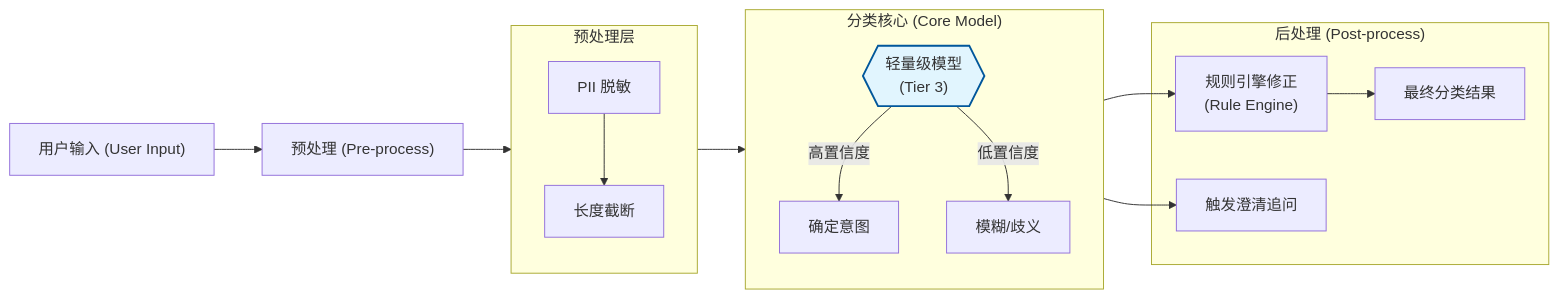
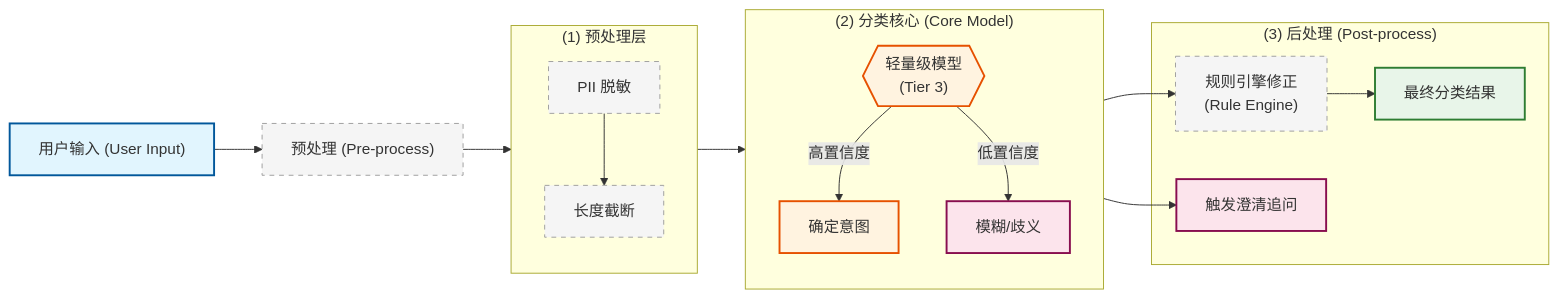
Before and after one commit to cute-spring/opencode-notes: diagram 29 of 35 in docs/arch/enterprise-agentic-rag.md, drawn with Mermaid. The commit also changed other lines of this file and 2 other files, not shown here.

````diff
--- a/docs/arch/enterprise-agentic-rag.md
+++ b/docs/arch/enterprise-agentic-rag.md
@@ -1379,31 +2234,35 @@
 ```mermaid
 flowchart LR
-    Input["用户输入 (User Input)"] --> Pre["预处理 (Pre-process)"]
+    %% 样式定义
+    classDef input fill:#e1f5fe,stroke:#01579b,stroke-width:2px;
+    classDef process fill:#f5f5f5,stroke:#9e9e9e,stroke-dasharray: 5 5;
+    classDef model fill:#fff3e0,stroke:#e65100,stroke-width:2px;
+    classDef output fill:#e8f5e9,stroke:#2e7d32,stroke-width:2px;
+    classDef clarify fill:#fce4ec,stroke:#880e4f,stroke-width:2px;
+
+    Input["用户输入 (User Input)"]:::input --> Pre["预处理 (Pre-process)"]:::process
     
-    subgraph Preprocessing ["预处理层"]
+    subgraph Preprocessing ["(1) 预处理层"]
         direction TB
-        P1["PII 脱敏"]
-        P2["长度截断"]
+        P1["PII 脱敏"]:::process
+        P2["长度截断"]:::process
     end
     
     Pre --> P1 --> P2
     
-    subgraph Core ["分类核心 (Core Model)"]
+    subgraph Core ["(2) 分类核心 (Core Model)"]
         direction TB
-        Model{{"轻量级模型\n(Tier 3)"}}
+        Model{{"轻量级模型\n(Tier 3)"}}:::model
         
         P2 --> Model
-        Model -- "高置信度" --> Intent["确定意图"]
-        Model -- "低置信度" --> Ambig["模糊/歧义"]
+        Model -- "高置信度" --> Intent["确定意图"]:::model
+        Model -- "低置信度" --> Ambig["模糊/歧义"]:::clarify
     end
     
-    subgraph Post ["后处理 (Post-process)"]
-        Rule["规则引擎修正\n(Rule Engine)"]
+    subgraph Post ["(3) 后处理 (Post-process)"]
+        Rule["规则引擎修正\n(Rule Engine)"]:::process
         Intent --> Rule
-        Rule --> Result["最终分类结果"]
-        Ambig --> Clarify["触发澄清追问"]
+        Rule --> Result["最终分类结果"]:::output
+        Ambig --> Clarify["触发澄清追问"]:::clarify
     end
-    
-    classDef model fill:#e1f5fe,stroke:#01579b,stroke-width:2px;
-    class Model model
 ```
````
